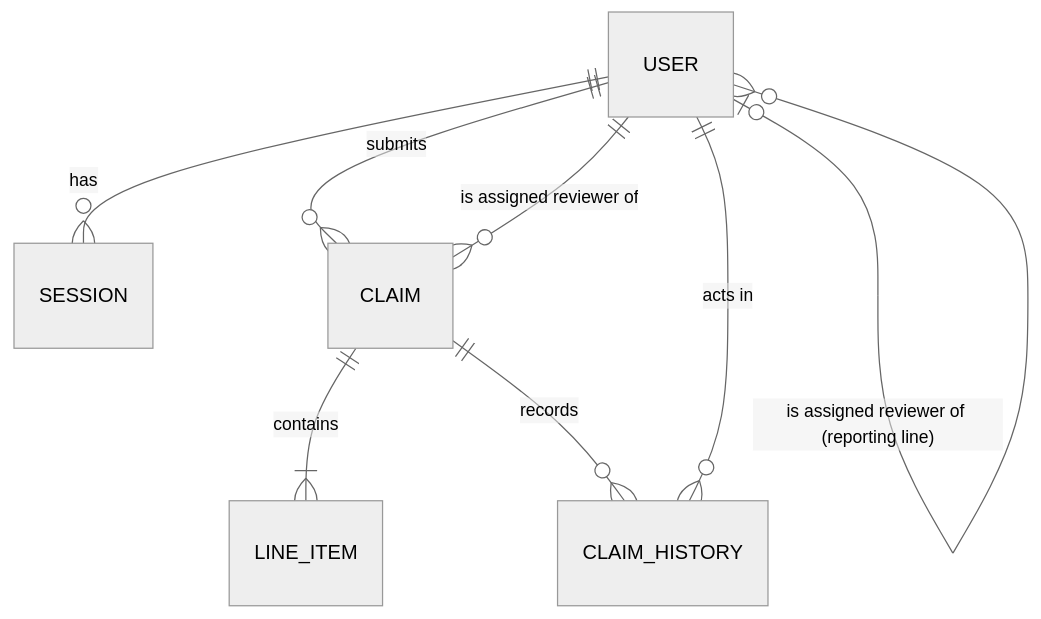
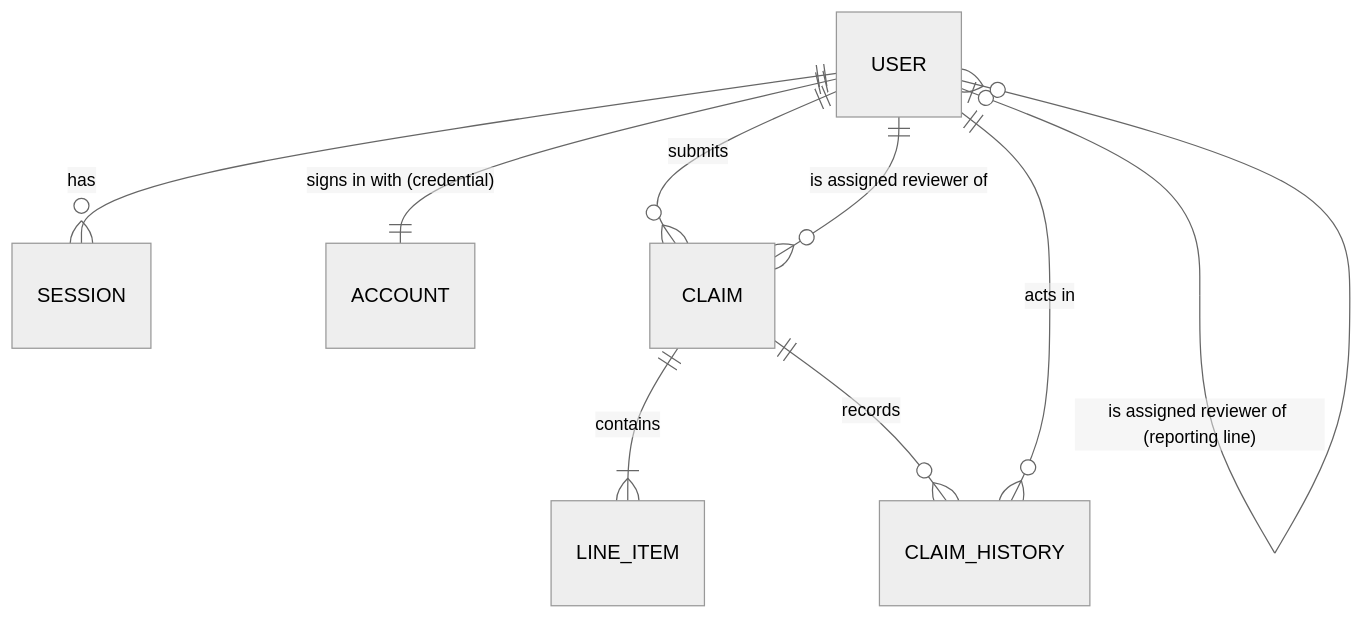
The second of 3 diagrams in docs/system-sds.md (beambeambeam/claimflow), drawn with Mermaid (neutral theme) before and after one commit. The commit also changed other lines of this file, not shown here.

Commit message:
docs: align auth design with better auth schema and admin roles

````diff
--- a/docs/system-sds.md
+++ b/docs/system-sds.md
@@ -88,10 +89,11 @@
 ```mermaid
 erDiagram
     USER ||--o{ SESSION : has
+    USER ||--|| ACCOUNT : "signs in with (credential)"
     USER ||--o{ CLAIM : submits
     USER ||--o{ CLAIM : "is assigned reviewer of"
     USER |o--o{ USER : "is assigned reviewer of (reporting line)"
     CLAIM ||--|{ LINE_ITEM : contains
     CLAIM ||--o{ CLAIM_HISTORY : records
     USER ||--o{ CLAIM_HISTORY : "acts in"
 ```
````
